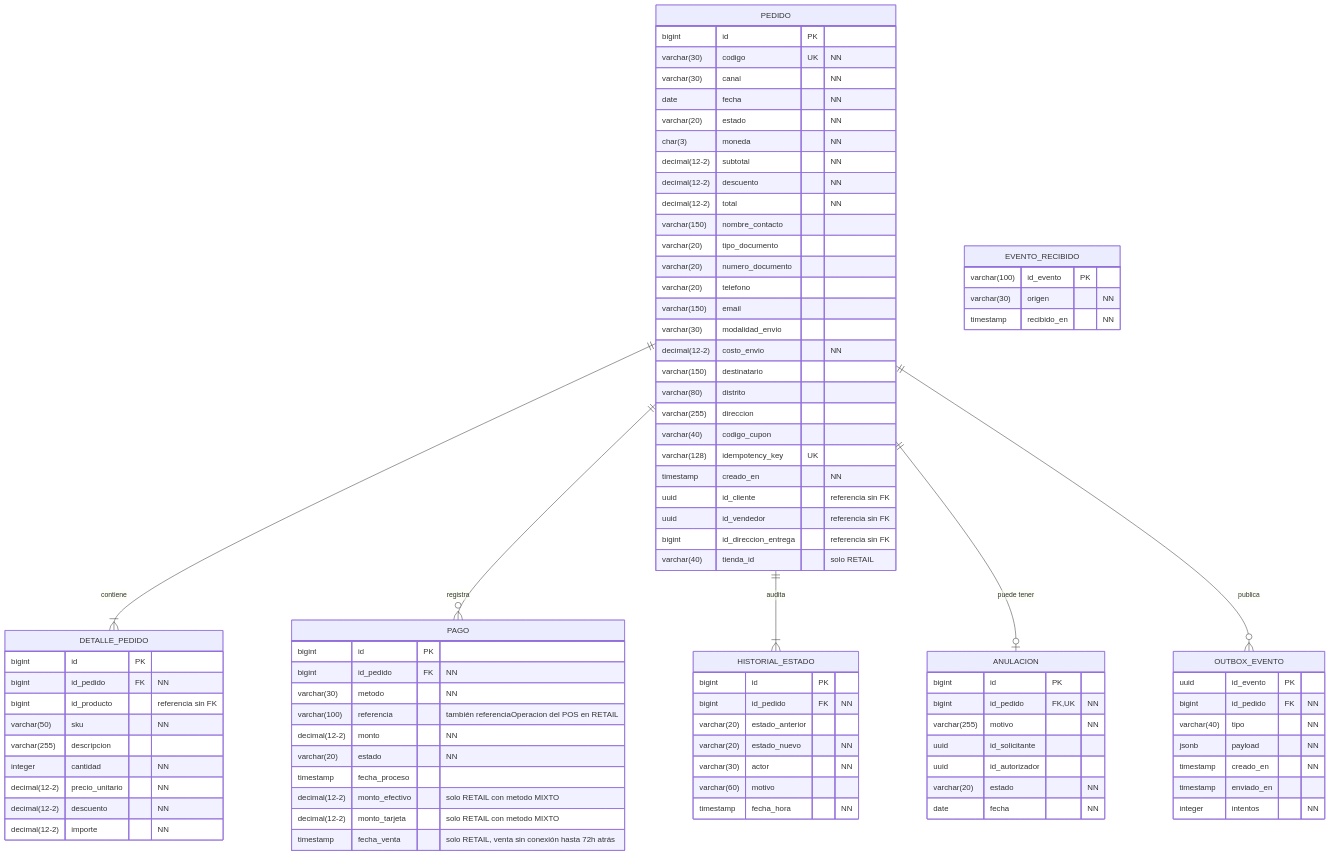
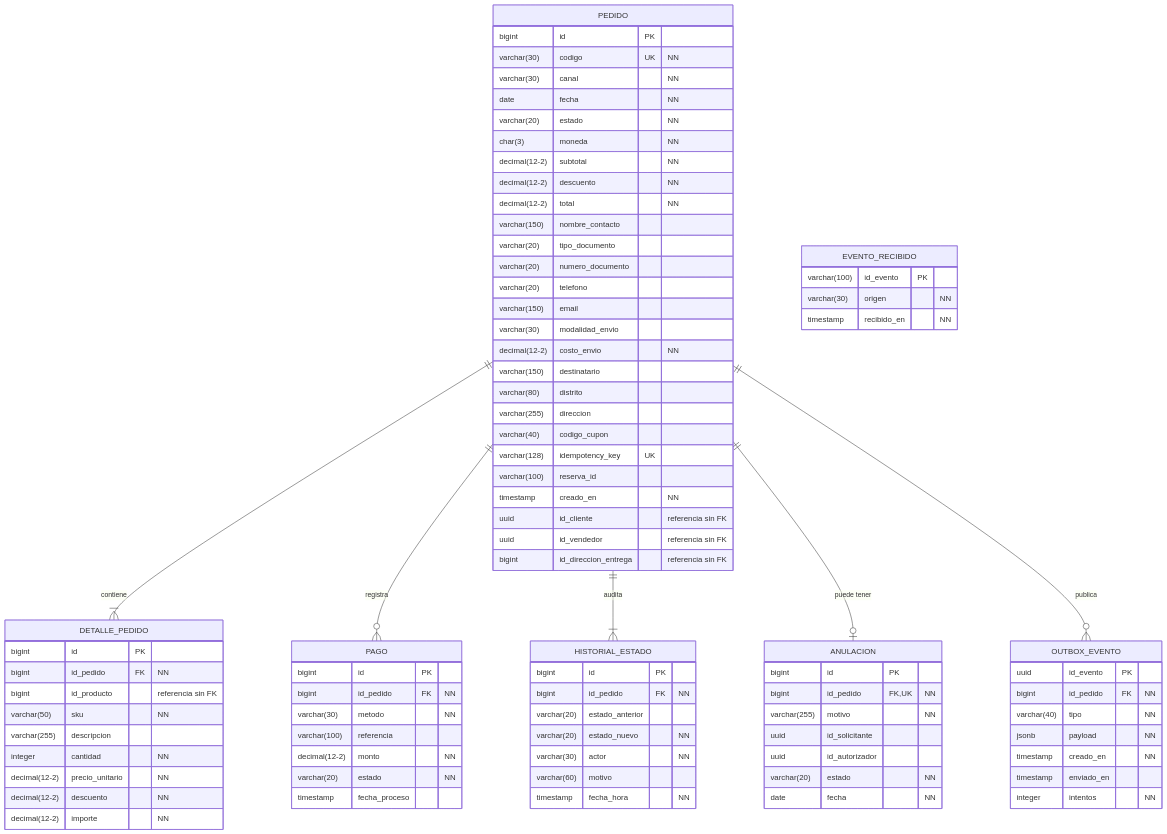
The first of 2 diagrams in diseno/diagramas/bd/diagrama-logico.md (Taller-SW-Web/G5-Ventas-Postventas), drawn with Mermaid before and after one commit. The commit also changed other lines of this file and 5 other files, not shown here.

```diff
--- a/diseno/diagramas/bd/diagrama-logico.md
+++ b/diseno/diagramas/bd/diagrama-logico.md
@@ -42,11 +42,11 @@
         varchar(255) direccion
         varchar(40) codigo_cupon
         varchar(128) idempotency_key UK
+        varchar(100) reserva_id
         timestamp creado_en "NN"
         uuid id_cliente "referencia sin FK"
         uuid id_vendedor "referencia sin FK"
         bigint id_direccion_entrega "referencia sin FK"
-        varchar(40) tienda_id "solo RETAIL"
     }
     DETALLE_PEDIDO {
         bigint id PK
@@ -63,13 +63,10 @@
         bigint id PK
         bigint id_pedido FK "NN"
         varchar(30) metodo "NN"
-        varchar(100) referencia "también referenciaOperacion del POS en RETAIL"
+        varchar(100) referencia
         decimal(12-2) monto "NN"
         varchar(20) estado "NN"
         timestamp fecha_proceso
-        decimal(12-2) monto_efectivo "solo RETAIL con metodo MIXTO"
-        decimal(12-2) monto_tarjeta "solo RETAIL con metodo MIXTO"
-        timestamp fecha_venta "solo RETAIL, venta sin conexión hasta 72h atrás"
     }
     HISTORIAL_ESTADO {
         bigint id PK
```
